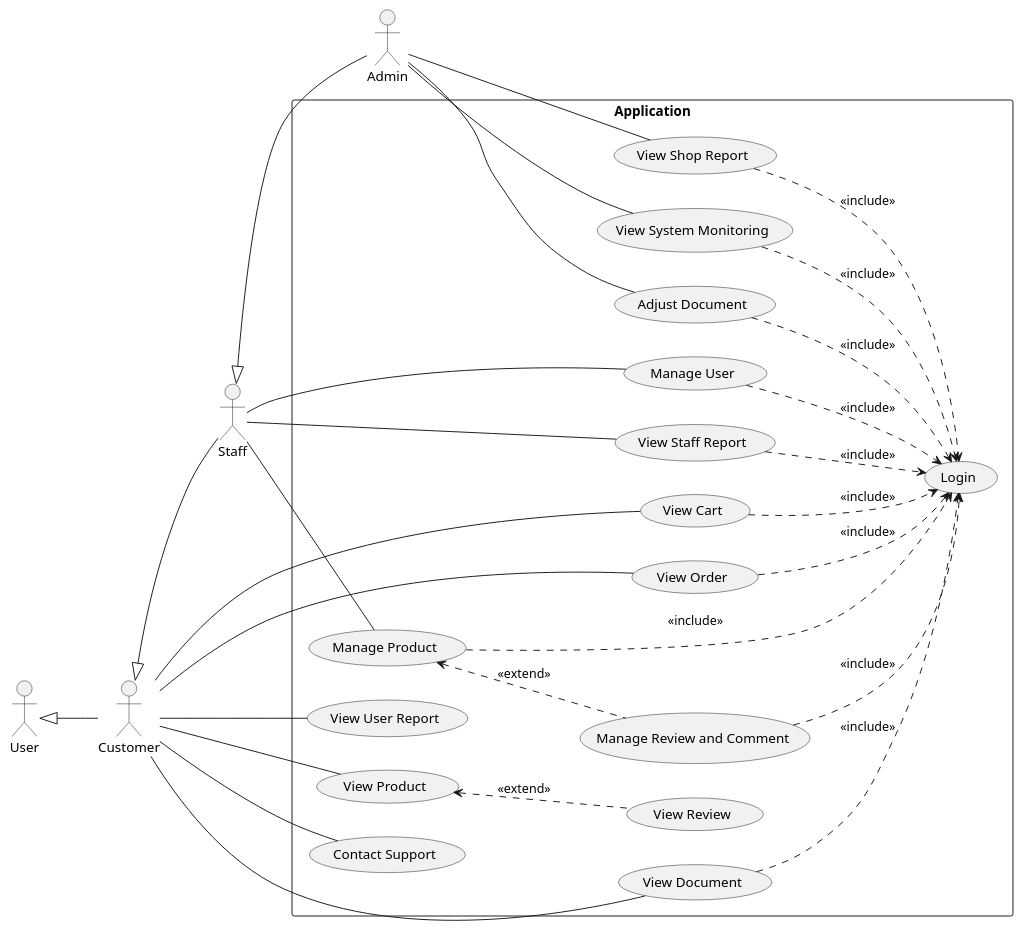
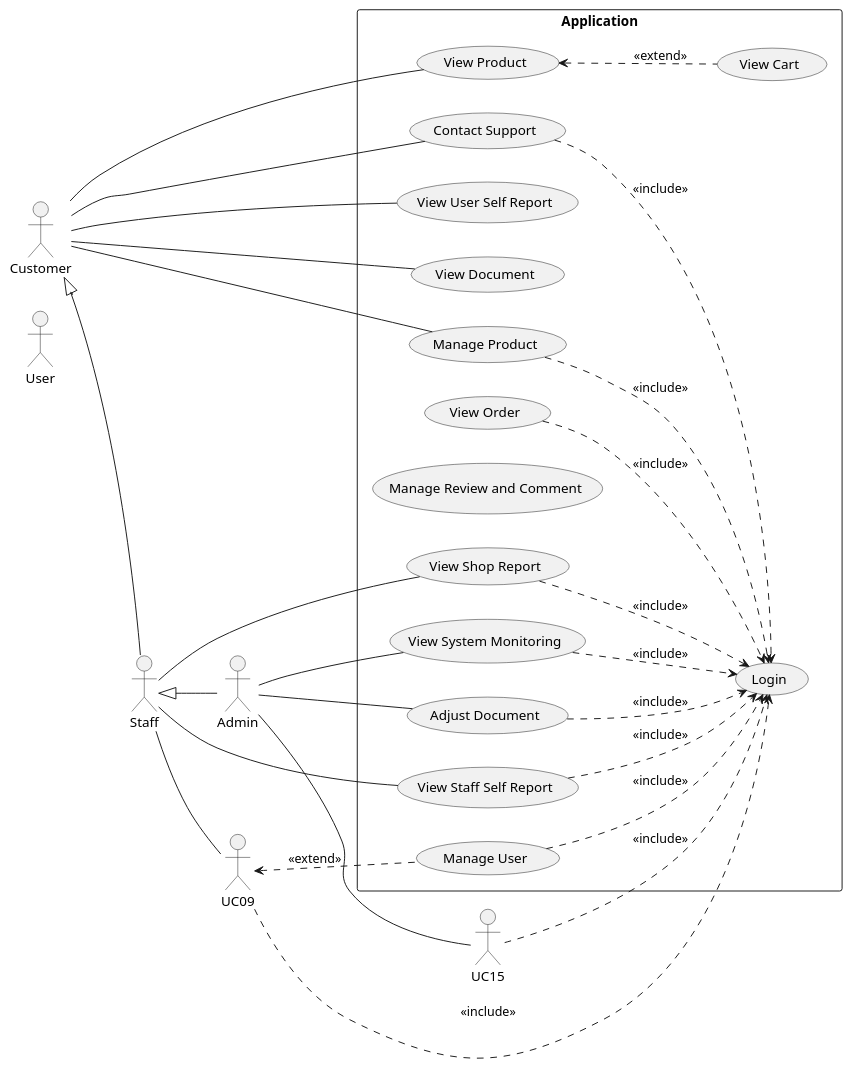
The first of 2 diagrams in docs/docs/usecase/user.md (electricilies/electricilies.github.io), drawn with PlantUML before and after one commit. The commit also changed other lines of this file and 98 other files, not shown here.

````diff
--- a/docs/docs/usecase/user.md
+++ b/docs/docs/usecase/user.md
@@ -5,59 +5,56 @@
 ```plantuml
 @startuml
 left to right direction
 actor User
 actor Customer
 actor Staff
 actor Admin
 
-User <|-- Customer
 Customer <|-- Staff
 Staff <|-- Admin
 
 rectangle "Application" {
   usecase UC01 as "Login"
   usecase UC02 as "View Product"
-  usecase UC03 as "View Review"
-  usecase UC04 as "View Cart"
-  usecase UC05 as "View Order"
-  usecase UC06 as "Contact Support"
-  usecase UC07 as "View User Report"
-  usecase UC08 as "View Document"
-  usecase UC09 as "Manage Product"
-  usecase UC10 as "Manage Review and Comment"
-  usecase UC11 as "Manage User"
-  usecase UC12 as "View Staff Report"
-  usecase UC13 as "View Shop Report"
-  usecase UC14 as "View System Monitoring"
-  usecase UC15 as "Adjust Document"
+  usecase UC03 as "View Cart"
+  usecase UC04 as "View Order"
+  usecase UC05 as "Contact Support"
+  usecase UC06 as "View User Self Report"
+  usecase UC07 as "View Document"
+  usecase UC08 as "Manage Product"
+  usecase UC9 as "Manage Review and Comment"
+  usecase UC10 as "Manage User"
+  usecase UC11 as "View Staff Self Report"
+  usecase UC12 as "View Shop Report"
+  usecase UC13 as "View System Monitoring"
+  usecase UC14 as "Adjust Document"
 }
 
 Customer -- UC02
-Customer -- UC04
 Customer -- UC05
 Customer -- UC06
 Customer -- UC07
 Customer -- UC08
 Staff -- UC09
 Staff -- UC11
 Staff -- UC12
 Admin -- UC13
 Admin -- UC14
 Admin -- UC15
 
 UC02 <.. UC03 : <<extend>>
 UC09 <.. UC10 : <<extend>>
 
 UC04 ..> UC01 : <<include>>
 UC05 ..> UC01 : <<include>>
 UC08 ..> UC01 : <<include>>
 UC09 ..> UC01 : <<include>>
 UC10 ..> UC01 : <<include>>
 UC11 ..> UC01 : <<include>>
 UC12 ..> UC01 : <<include>>
 UC13 ..> UC01 : <<include>>
 UC14 ..> UC01 : <<include>>
 UC15 ..> UC01 : <<include>>
 
 @enduml
 ```
````
